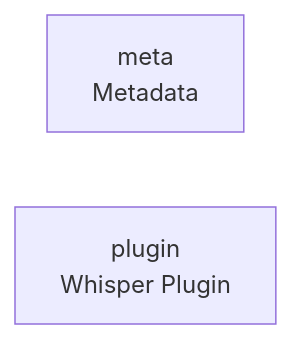
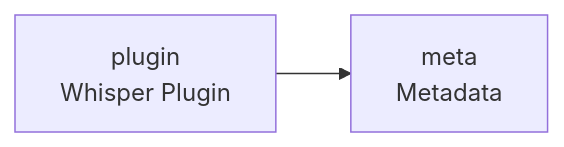
One commit to cj-mills/cjm-transcription-plugin-whisper changed the diagram in README.md. Above: the diagram before and after it, drawn with Mermaid. The commit also changed other lines of this file and 4 other files, not shown here.

````diff
--- a/README.md
+++ b/README.md
@@ -22,5 +22,7 @@
 ``` mermaid
 graph LR
     meta[meta<br/>Metadata]
     plugin[plugin<br/>Whisper Plugin]
+
+    plugin --> meta
 ```
````
